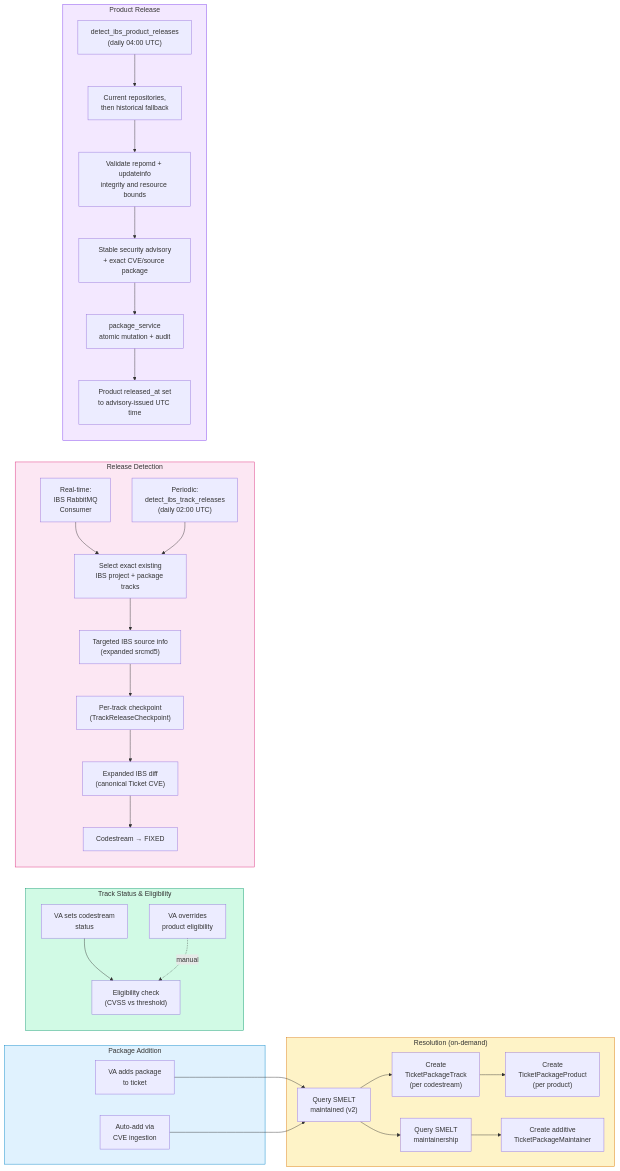
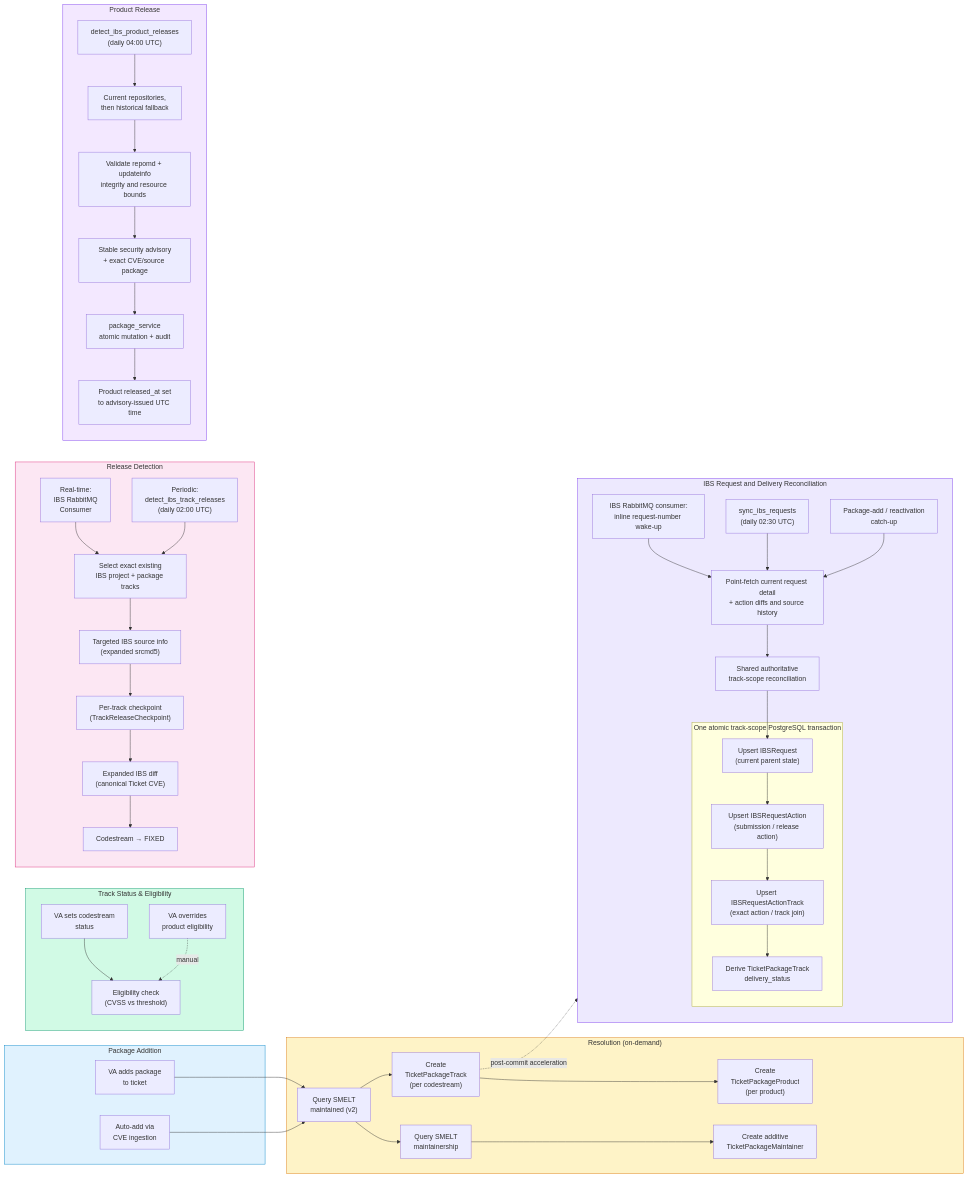
The fourth of 7 diagrams in docs/system-map.md (StayPirate/STAMP), drawn with Mermaid before and after one commit. The commit also changed other lines of this file and 25 other files, not shown here.

Commit message:
docs: define IBS request and RabbitMQ contracts (#482)

````diff
--- a/docs/system-map.md
+++ b/docs/system-map.md
@@ -531,10 +534,32 @@
         PROD_PERIODIC --> REPOS --> UINFO --> MATCH --> PKG_SVC --> PR_REL
     end
 
+    subgraph request_delivery["IBS Request and Delivery Reconciliation"]
+        direction TB
+        REQ_EVENT["IBS RabbitMQ consumer:<br/>inline request-number wake-up"]
+        REQ_PERIODIC["sync_ibs_requests<br/>(daily 02:30 UTC)"]
+        REQ_CATCHUP["Package-add / reactivation<br/>catch-up"]
+        CURRENT["Point-fetch current request detail<br/>+ action diffs and source history"]
+        SHARED["Shared authoritative<br/>track-scope reconciliation"]
+        subgraph request_tx["One atomic track-scope PostgreSQL transaction"]
+            REQUEST_PARENT["Upsert IBSRequest<br/>(current parent state)"]
+            REQUEST_ACTION["Upsert IBSRequestAction<br/>(submission / release action)"]
+            ACTION_TRACK["Upsert IBSRequestActionTrack<br/>(exact action / track join)"]
+            DELIVERY["Derive TicketPackageTrack<br/>delivery_status"]
+        end
+
+        REQ_EVENT --> CURRENT
+        REQ_PERIODIC --> CURRENT
+        REQ_CATCHUP --> CURRENT
+        CURRENT --> SHARED
+        SHARED --> REQUEST_PARENT --> REQUEST_ACTION --> ACTION_TRACK --> DELIVERY
+    end
+
     VA_ADD --> SMELT_Q
     CPE_MATCH --> SMELT_Q
     SMELT_Q --> CREATE_CS --> CREATE_PR
     SMELT_Q --> SMELT_M --> CREATE_PM
+    CREATE_CS -.->|"post-commit acceleration"| REQ_CATCHUP
 
     VA_SET --> ELIG
     ELIG_OVR -.->|manual| ELIG
@@ -544,4 +569,5 @@
     style status fill:#d1fae5,stroke:#059669
     style release fill:#fce7f3,stroke:#db2777
     style prod_release fill:#f3e8ff,stroke:#7c3aed
+    style request_delivery fill:#ede9fe,stroke:#7c3aed
 ```
````
